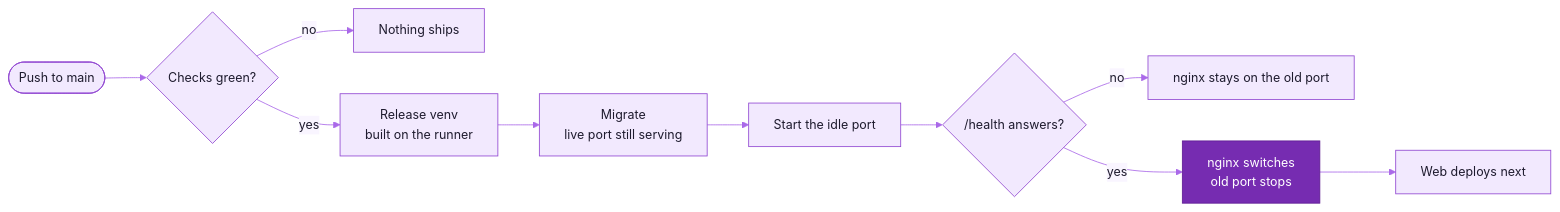
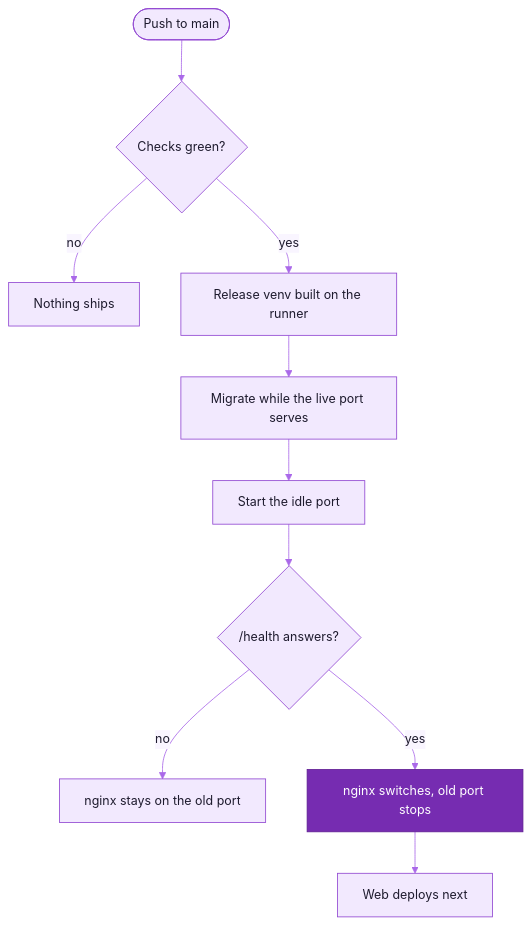
One commit to cxacraftecosystem-ui/documentation-portal changed the fifth of 5 diagrams in README.md. Above: the diagram before and after it, drawn with Mermaid. The commit also changed other lines of this file and 6 other files, not shown here.

Commit message:
README showcase: shorter pipeline and review copy so nothing is clipped, the transcript states read left to right, and the release flow reads top down

````diff
--- a/README.md
+++ b/README.md
@@ -302,15 +303,15 @@
 ```mermaid
 %%{init: {"theme":"base","themeVariables":{"fontFamily":"Inter, ui-sans-serif, system-ui, -apple-system, Segoe UI, Roboto, Helvetica, Arial, sans-serif","fontSize":"15px","primaryColor":"#F2E9FE","primaryTextColor":"#1E1B2E","primaryBorderColor":"#9148D2","lineColor":"#AA69E9","textColor":"#857F9E","edgeLabelBackground":"#F9F5FF","clusterBkg":"#F9F5FF","clusterBorder":"#D6B6FB","titleColor":"#762CB1"}}}%%
-flowchart LR
+flowchart TD
   P([Push to main]) --> C{Checks green?}
   C -->|no| X[Nothing ships]
-  C -->|yes| V["Release venv<br/>built on the runner"]
-  V --> M["Migrate<br/>live port still serving"]
+  C -->|yes| V["Release venv built on the runner"]
+  V --> M["Migrate while the live port serves"]
   M --> I["Start the idle port"]
   I --> H{"/health answers?"}
   H -->|no| K[nginx stays on the old port]
-  H -->|yes| S["nginx switches<br/>old port stops"]
+  H -->|yes| S["nginx switches, old port stops"]
   S --> F[Web deploys next]
   classDef accent fill:#762CB1,stroke:#5F1C93,color:#FFFFFF
   class S accent
 ```
````
